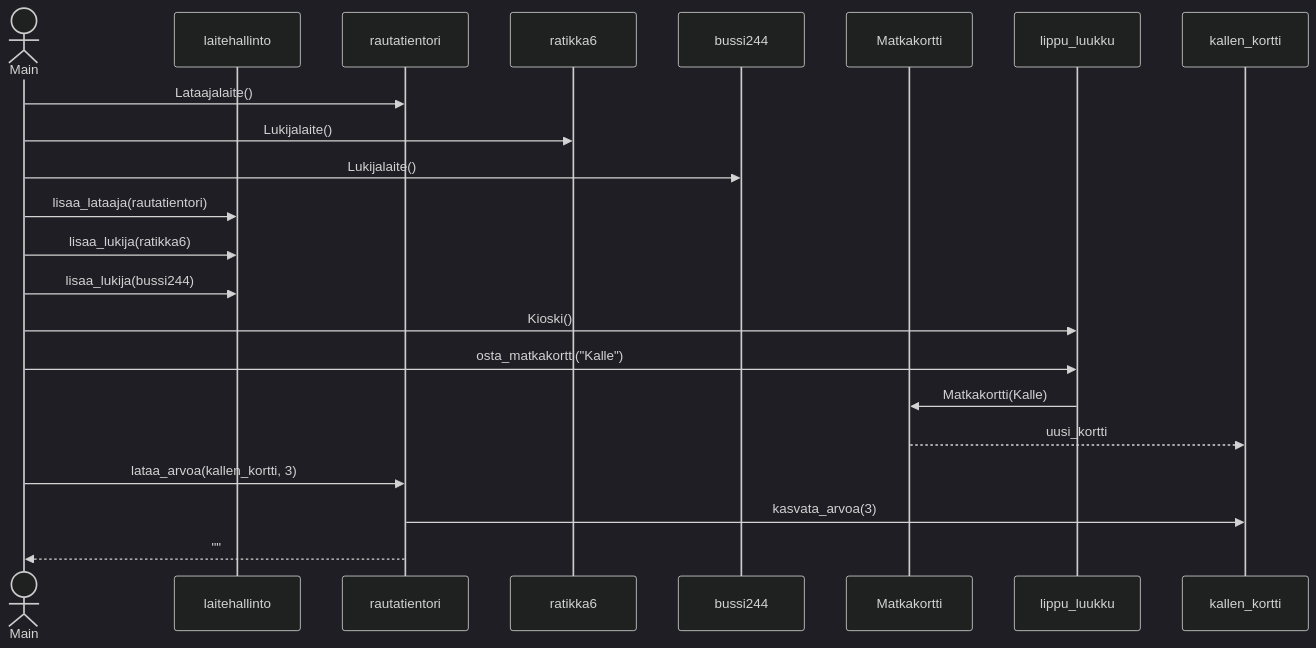
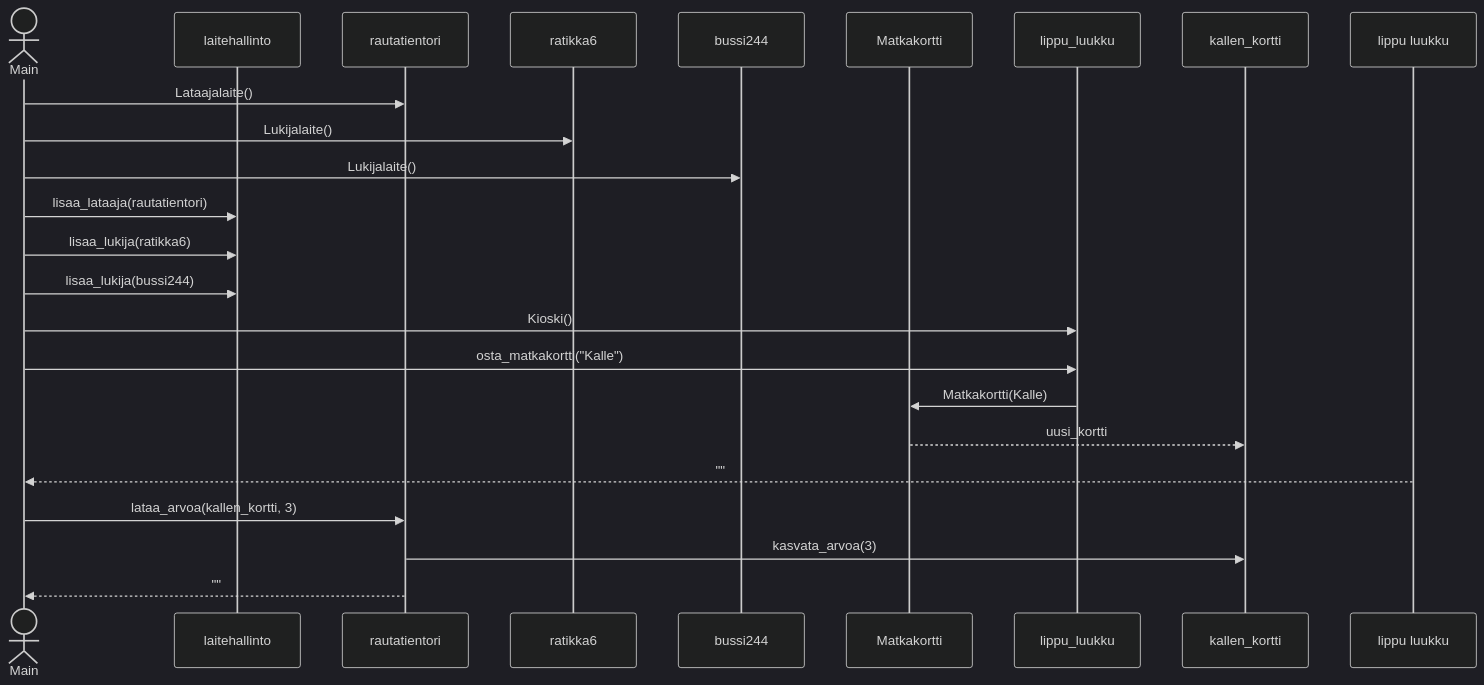
One commit to Germuu/ot-harjoitusty- changed the diagram in laskarit/viikko3/sekvenssikaavio.md. Above: the diagram before and after it, drawn with Mermaid (dark theme).

````diff
--- a/laskarit/viikko3/sekvenssikaavio.md
+++ b/laskarit/viikko3/sekvenssikaavio.md
@@ -1,33 +1,34 @@
 ```mermaid
 sequenceDiagram
   actor Main
   participant laitehallinto
   participant rautatientori
   participant ratikka6
   participant bussi244
   participant Matkakortti
   
   Main ->> rautatientori : Lataajalaite()
   Main ->> ratikka6: Lukijalaite()
   Main ->> bussi244: Lukijalaite()
 
   Main ->> laitehallinto : lisaa_lataaja(rautatientori)
   Main ->> laitehallinto : lisaa_lukija(ratikka6)
   Main ->> laitehallinto : lisaa_lukija(bussi244)
 
   Main ->> lippu_luukku : Kioski()
   Main ->> lippu_luukku : osta_matkakortti("Kalle")
   lippu_luukku ->> Matkakortti : Matkakortti(Kalle)
   Matkakortti -->> kallen_kortti : uusi_kortti
+  lippu luukku -->> Main : ""
 
   Main ->> rautatientori : lataa_arvoa(kallen_kortti, 3)
   rautatientori ->> kallen_kortti : kasvata_arvoa(3)
   rautatientori -->> Main : ""
   
   
 
   
   
 
  
 ```
````
